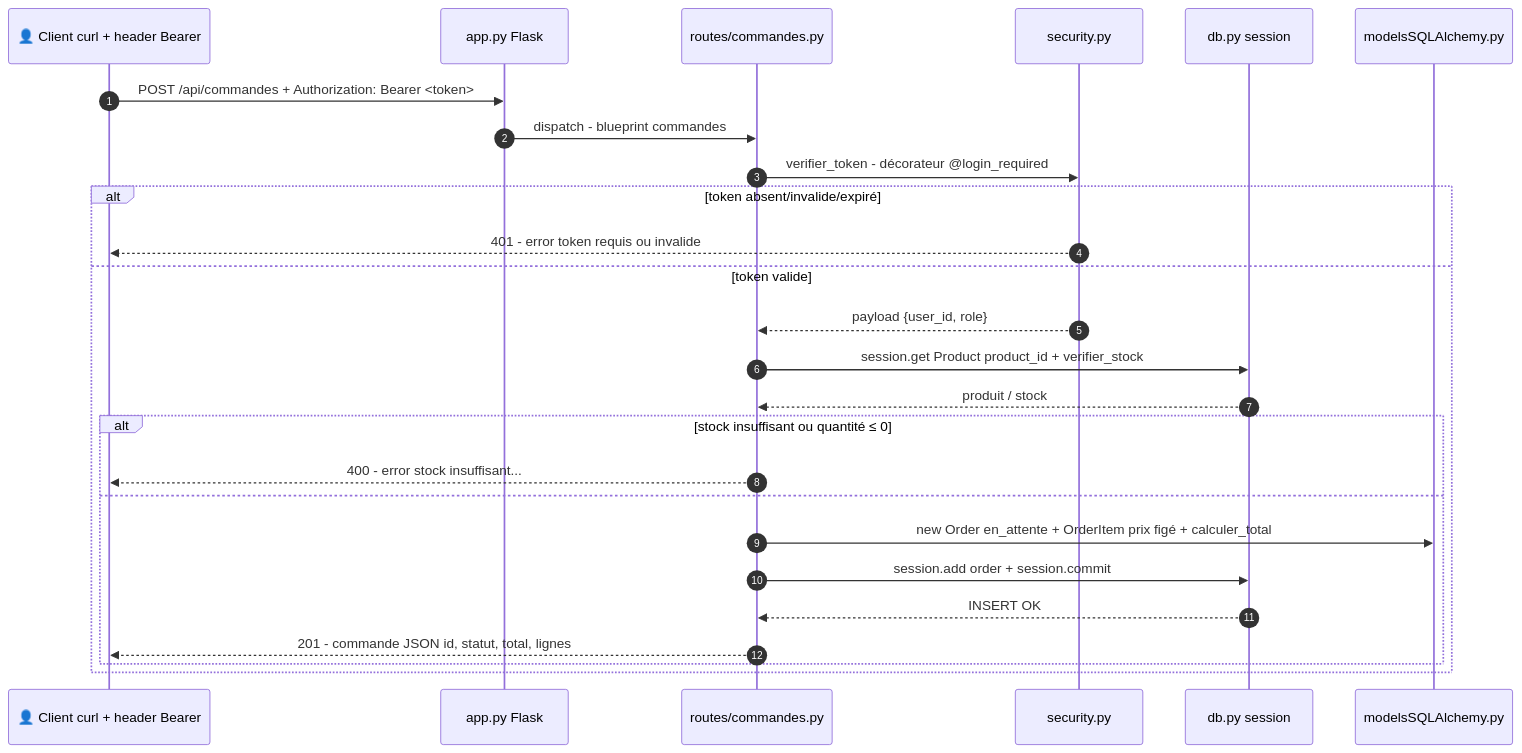
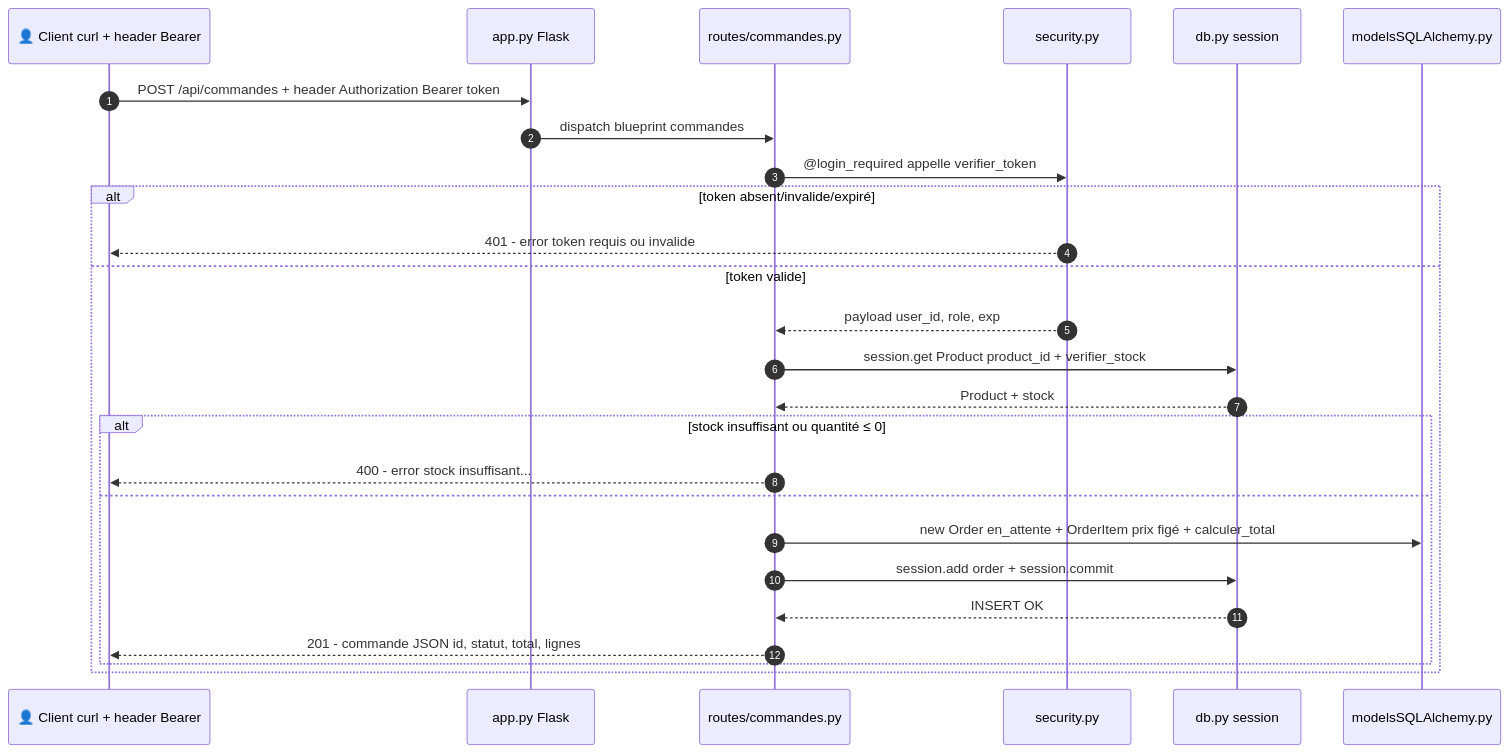
One commit to ericlacombe/mon-projet-handson-python changed the eighth of 9 diagrams in docs/uml-projet.md. Above: the diagram before and after it, drawn with Mermaid. The commit also changed other lines of this file, not shown here.

Commit message:
docs(uml-projet.md) : harmonise les étiquettes des flèches des 3 séquences au style code complet - dispatch blueprint X, session.query User filter_by email, @login_required appelle verifier_token, etc.

````diff
--- a/docs/uml-projet.md
+++ b/docs/uml-projet.md
@@ -306,29 +308,29 @@
 ```mermaid
 %% LÉGENDE : idem 3.1 · la vérification du token a lieu AVANT l'exécution de la route (décorateur @login_required)
 sequenceDiagram
     autonumber
     participant C as 👤 Client curl + header Bearer
     participant F as app.py Flask
     participant R as routes/commandes.py
     participant S as security.py
     participant D as db.py session
     participant M as modelsSQLAlchemy.py
-    C->>F: POST /api/commandes + Authorization: Bearer <token>
-    F->>R: dispatch - blueprint commandes
-    R->>S: verifier_token - décorateur @login_required
+    C->>F: POST /api/commandes + header Authorization Bearer token
+    F->>R: dispatch blueprint commandes
+    R->>S: @login_required appelle verifier_token
     alt token absent/invalide/expiré
         S-->>C: 401 - error token requis ou invalide
     else token valide
-        S-->>R: payload {user_id, role}
+        S-->>R: payload user_id, role, exp
         R->>D: session.get Product product_id + verifier_stock
-        D-->>R: produit / stock
+        D-->>R: Product + stock
         alt stock insuffisant ou quantité ≤ 0
             R-->>C: 400 - error stock insuffisant...
         else
             R->>M: new Order en_attente + OrderItem prix figé + calculer_total
             R->>D: session.add order + session.commit
             D-->>R: INSERT OK
             R-->>C: 201 - commande JSON id, statut, total, lignes
         end
     end
 ```
````
